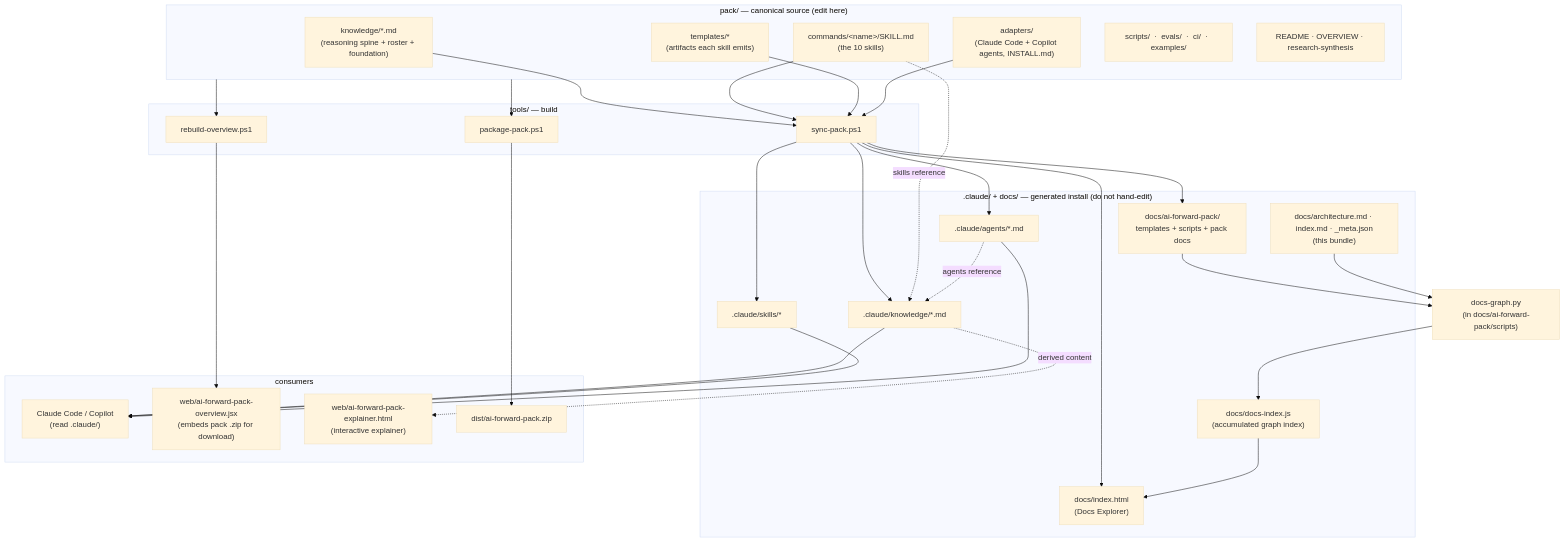
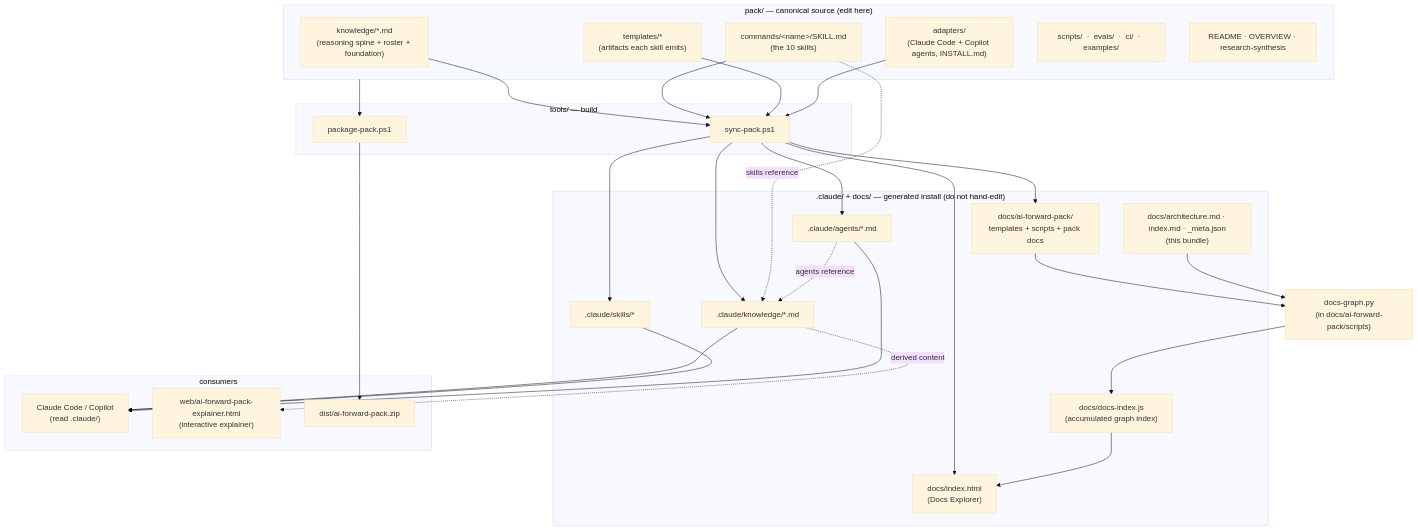
Before and after one commit to timianmalloo/ai-forward: the first of 4 diagrams in docs/architecture.md, drawn with Mermaid (base theme). The commit also changed other lines of this file and 9 other files, not shown here.

First line of the commit message:
Remove the overview .jsx download page; rely on the docs

````diff
--- a/docs/architecture.md
+++ b/docs/architecture.md
@@ -56,52 +55,49 @@
 ```mermaid
 flowchart TB
   subgraph SRC["pack/ — canonical source (edit here)"]
     K["knowledge/*.md<br/>(reasoning spine + roster + foundation)"]
     C["commands/&lt;name&gt;/SKILL.md<br/>(the 10 skills)"]
     T["templates/*<br/>(artifacts each skill emits)"]
     A["adapters/<br/>(Claude Code + Copilot agents, INSTALL.md)"]
     SC["scripts/  ·  evals/  ·  ci/  ·  examples/"]
     PD["README · OVERVIEW · research-synthesis"]
   end
 
   subgraph TOOLS["tools/ — build"]
     SYNC["sync-pack.ps1"]
     PKG["package-pack.ps1"]
-    OVR["rebuild-overview.ps1"]
   end
 
   subgraph INSTALL[".claude/ + docs/ — generated install (do not hand-edit)"]
     CK[".claude/knowledge/*.md"]
     CS[".claude/skills/*"]
     CA[".claude/agents/*.md"]
     DP["docs/ai-forward-pack/<br/>templates + scripts + pack docs"]
     EXP["docs/index.html<br/>(Docs Explorer)"]
     IDX["docs/docs-index.js<br/>(accumulated graph index)"]
     ARCH["docs/architecture.md · index.md · _meta.json<br/>(this bundle)"]
   end
 
   subgraph CONSUMERS["consumers"]
     CC["Claude Code / Copilot<br/>(read .claude/)"]
-    WEBO["web/ai-forward-pack-overview.jsx<br/>(embeds pack .zip for download)"]
     WEBE["web/ai-forward-pack-explainer.html<br/>(interactive explainer)"]
     ZIP["dist/ai-forward-pack.zip"]
   end
 
   K --> SYNC
   C --> SYNC
   T --> SYNC
   A --> SYNC
   SYNC --> CK & CS & CA & DP & EXP
   C -. "skills reference" .-> CK
   CA -. "agents reference" .-> CK
   DP --> GRAPH["docs-graph.py<br/>(in docs/ai-forward-pack/scripts)"]
   GRAPH --> IDX
   ARCH --> GRAPH
   IDX --> EXP
   CK --> CC
   CS --> CC
   CA --> CC
   SRC --> PKG --> ZIP
-  SRC --> OVR --> WEBO
   CK -. "derived content" .-> WEBE
 ```
````
